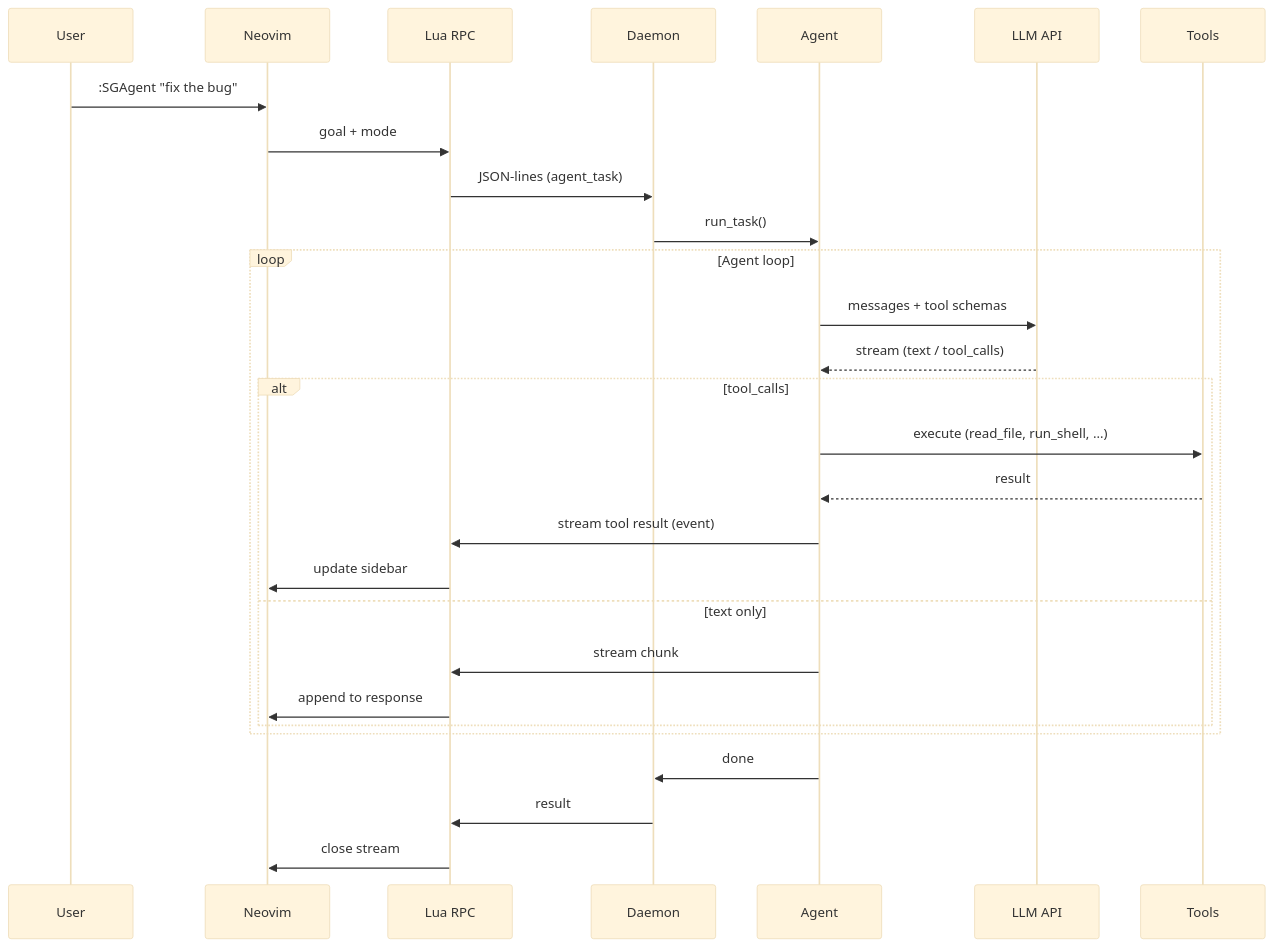
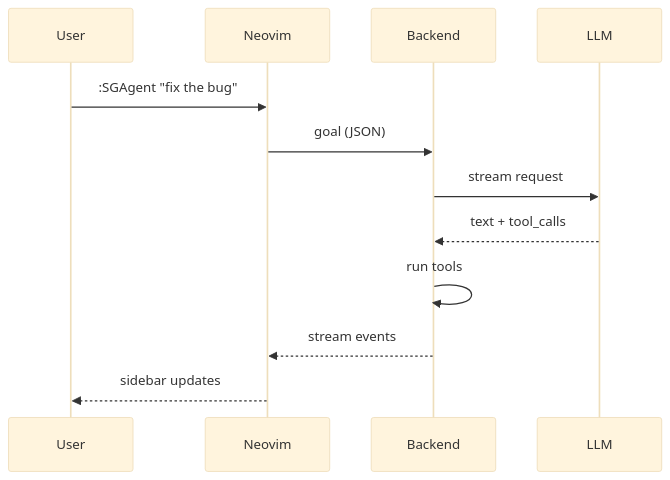
One commit to RomeoCavazza/shellgeist changed the second of 3 diagrams in README.md. Above: the diagram before and after it, drawn with Mermaid (base theme). The commit also changed other lines of this file, not shown here.

Commit message:
add some mermaid

````diff
--- a/README.md
+++ b/README.md
@@ -106,31 +114,15 @@
 ```mermaid
 sequenceDiagram
-  participant U as User
-  participant N as Neovim
-  participant RPC as Lua RPC
-  participant D as Daemon
-  participant A as Agent
-  participant LLM as LLM API
-  participant T as Tools
+  participant User
+  participant Neovim
+  participant Backend
+  participant LLM
 
-  U->>N: :SGAgent "fix the bug"
-  N->>RPC: goal + mode
-  RPC->>D: JSON-lines (agent_task)
-  D->>A: run_task()
-  loop Agent loop
-    A->>LLM: messages + tool schemas
-    LLM-->>A: stream (text / tool_calls)
-    alt tool_calls
-      A->>T: execute (read_file, run_shell, …)
-      T-->>A: result
-      A->>RPC: stream tool result (event)
-      RPC->>N: update sidebar
-    else text only
-      A->>RPC: stream chunk
-      RPC->>N: append to response
-    end
-  end
-  A->>D: done
-  D->>RPC: result
-  RPC->>N: close stream
+  User->>Neovim: :SGAgent "fix the bug"
+  Neovim->>Backend: goal (JSON)
+  Backend->>LLM: stream request
+  LLM-->>Backend: text + tool_calls
+  Backend->>Backend: run tools
+  Backend-->>Neovim: stream events
+  Neovim-->>User: sidebar updates
 ```
````
